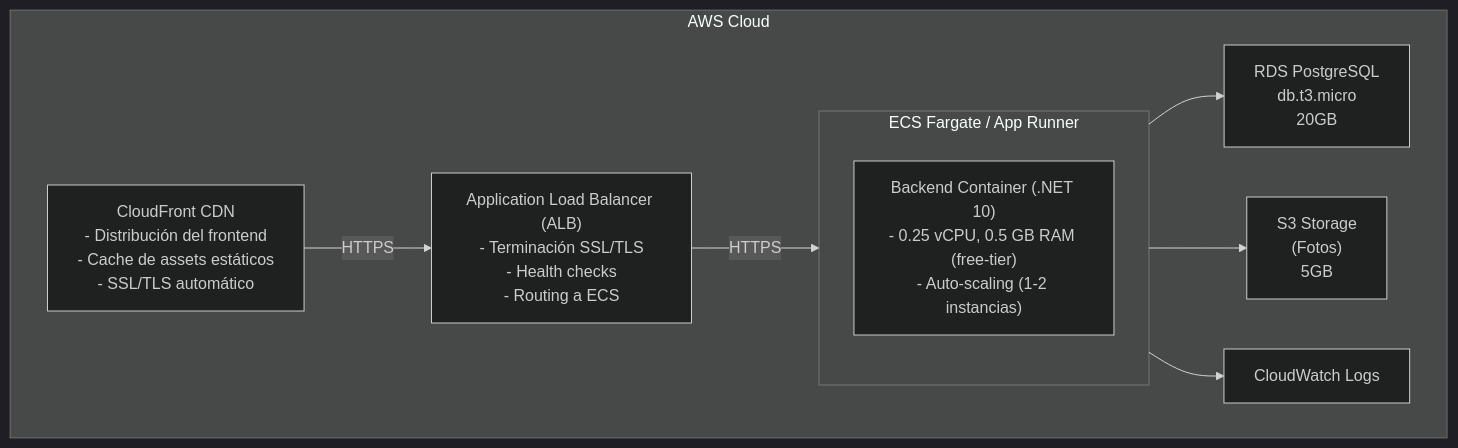
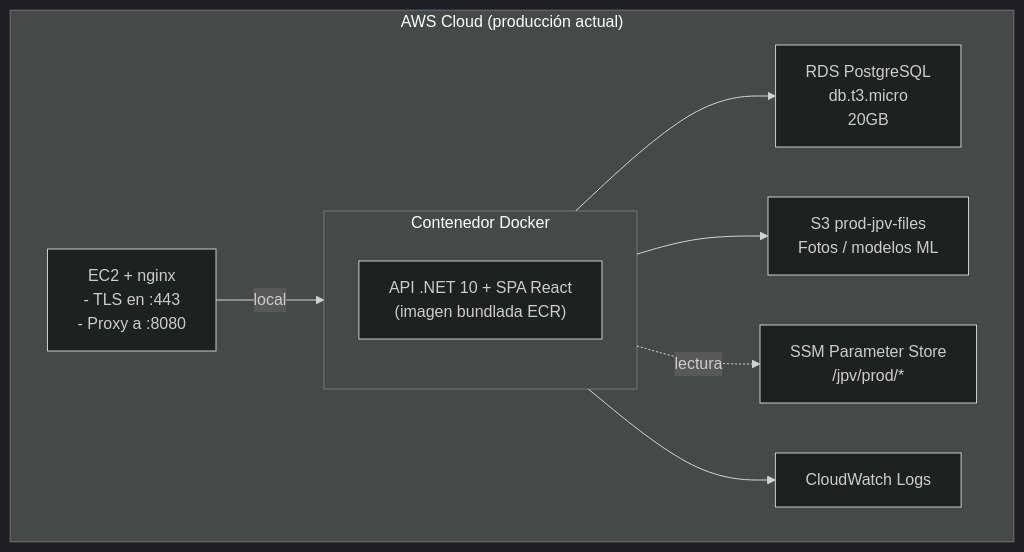
The third of 7 diagrams in Documentos/arquitectura.md (marcello-clearcust/joiabagur-pv), drawn with Mermaid (dark theme) before and after one commit. The commit also changed other lines of this file and 19 other files, not shown here.

First line of the commit message:
refactor: update deployment documentation and workflows for AWS EC2 architecture

````diff
--- a/Documentos/arquitectura.md
+++ b/Documentos/arquitectura.md
@@ -205,24 +205,24 @@
 ```mermaid
 flowchart TB
-    subgraph AWS["AWS Cloud"]
-        CloudFront["CloudFront CDN<br/>- Distribución del frontend<br/>- Cache de assets estáticos<br/>- SSL/TLS automático"]
+    subgraph AWS["AWS Cloud (producción actual)"]
+        EC2["EC2 + nginx<br/>- TLS en :443<br/>- Proxy a :8080"]
         
-        ALB["Application Load Balancer (ALB)<br/>- Terminación SSL/TLS<br/>- Health checks<br/>- Routing a ECS"]
-        
-        subgraph ECS["ECS Fargate / App Runner"]
-            BackendContainer["Backend Container (.NET 10)<br/>- 0.25 vCPU, 0.5 GB RAM (free-tier)<br/>- Auto-scaling (1-2 instancias)"]
+        subgraph Docker["Contenedor Docker"]
+            BackendContainer["API .NET 10 + SPA React<br/>(imagen bundlada ECR)"]
         end
         
         RDS["RDS PostgreSQL<br/>db.t3.micro<br/>20GB"]
         
-        S3["S3 Storage<br/>(Fotos)<br/>5GB"]
+        S3["S3 prod-jpv-files<br/>Fotos / modelos ML"]
+        
+        SSM["SSM Parameter Store<br/>/jpv/prod/*"]
         
         CloudWatch["CloudWatch Logs"]
         
-        CloudFront -->|HTTPS| ALB
-        ALB -->|HTTPS| ECS
-        ECS --> RDS
-        ECS --> S3
-        ECS --> CloudWatch
+        EC2 -->|local| Docker
+        Docker --> RDS
+        Docker --> S3
+        Docker -.->|lectura| SSM
+        Docker --> CloudWatch
     end
 ```
````
